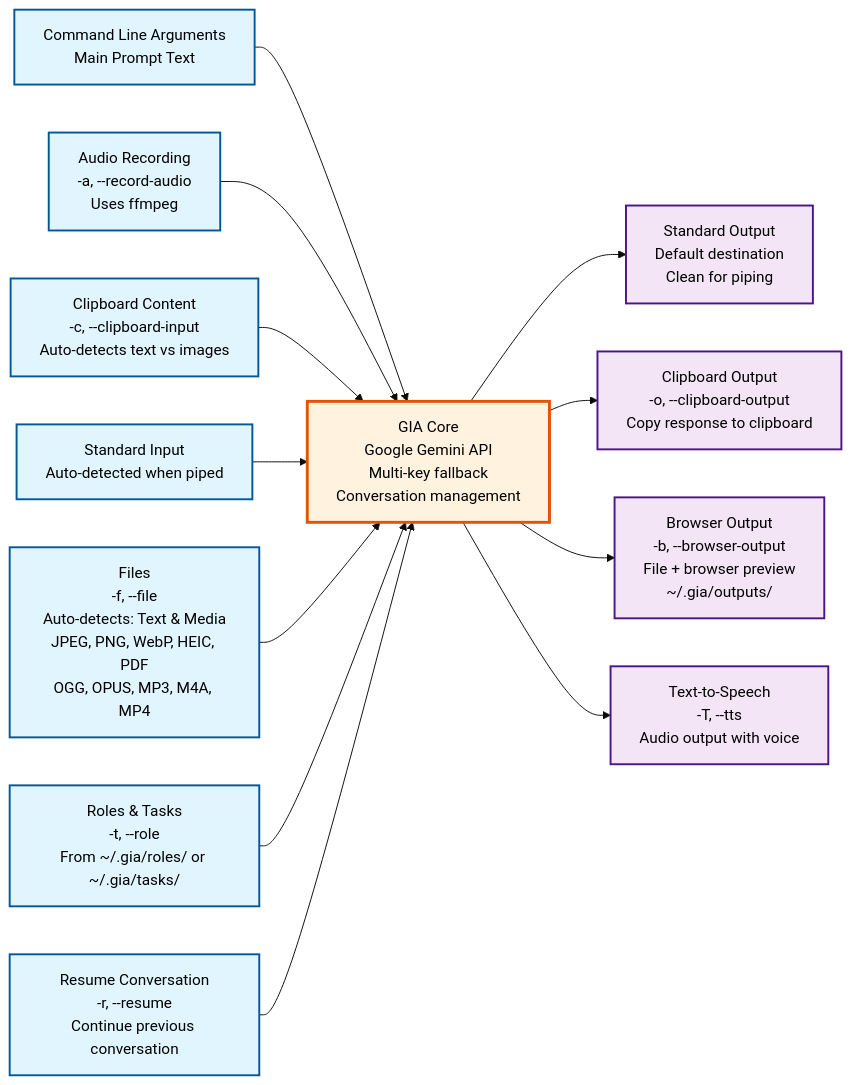
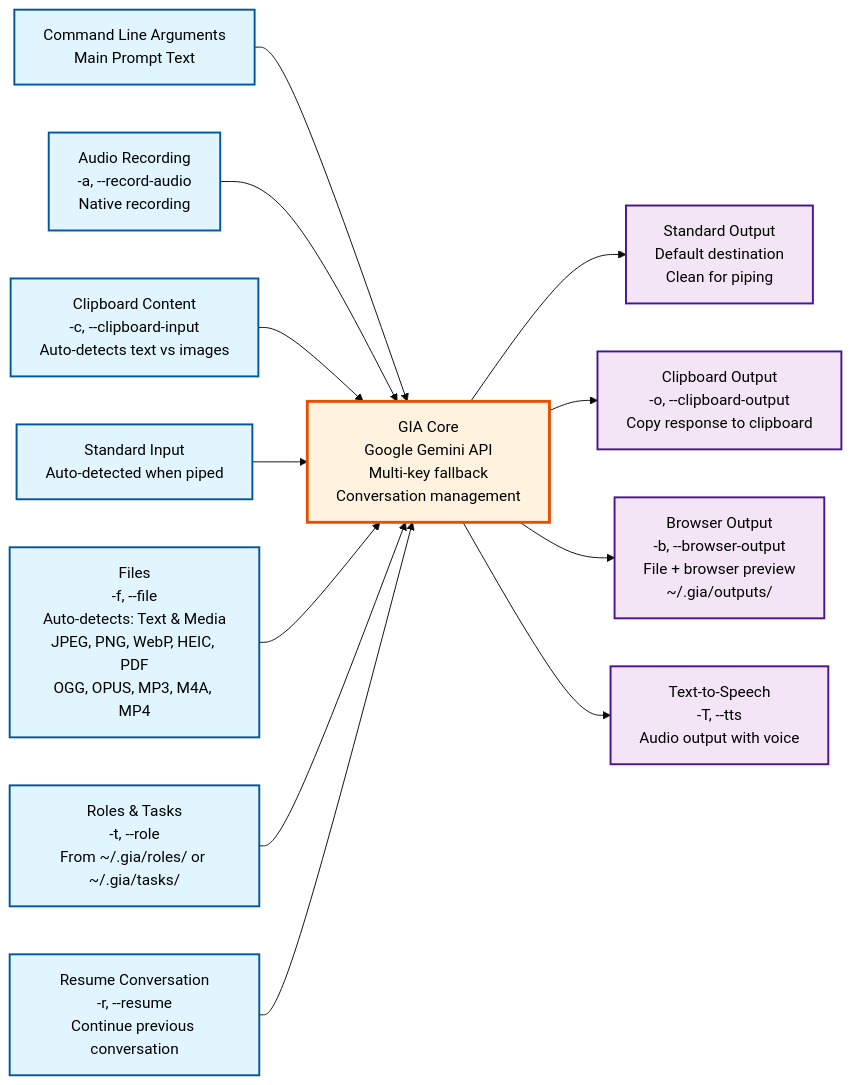
One commit to panjamo/gia changed the diagram in gia-flow-diagram.md. Above: the diagram before and after it, drawn with Mermaid (base theme). The commit also changed other lines of this file and 6 other files, not shown here.

First line of the commit message:
✨ feat: Replace FFmpeg with native Rust audio recording (cpal + ogg-opus) (#15)

````diff
--- a/gia-flow-diagram.md
+++ b/gia-flow-diagram.md
@@ -5,45 +5,45 @@
 ```mermaid
 flowchart LR
     %% Input Sources (Left Side)
     CMD[Command Line Arguments<br/>Main Prompt Text]
-    AUDIO[Audio Recording<br/>-a, --record-audio<br/>Uses ffmpeg]
+    AUDIO[Audio Recording<br/>-a, --record-audio<br/>Native recording]
     CLIPBOARD[Clipboard Content<br/>-c, --clipboard-input<br/>Auto-detects text vs images]
     STDIN[Standard Input<br/>Auto-detected when piped]
     FILES[Files<br/>-f, --file<br/>Auto-detects: Text & Media<br/>JPEG, PNG, WebP, HEIC, PDF<br/>OGG, OPUS, MP3, M4A, MP4]
     ROLES[Roles & Tasks<br/>-t, --role<br/>From ~/.gia/roles/ or ~/.gia/tasks/]
     RESUME[Resume Conversation<br/>-r, --resume<br/>Continue previous conversation]
 
     %% Processing Core (Center)
     GIA[GIA Core<br/>Google Gemini API<br/>Multi-key fallback<br/>Conversation management]
 
     %% Output Destinations (Right Side)
     STDOUT[Standard Output<br/>Default destination<br/>Clean for piping]
     CLIPOUT[Clipboard Output<br/>-o, --clipboard-output<br/>Copy response to clipboard]
     BROWSER[Browser Output<br/>-b, --browser-output<br/>File + browser preview<br/>~/.gia/outputs/]
     TTS[Text-to-Speech<br/>-T, --tts<br/>Audio output with voice]
 
     %% Input Flow (Left to Center)
     CMD --> GIA
     AUDIO --> GIA
     CLIPBOARD --> GIA
     STDIN --> GIA
     FILES --> GIA
     ROLES --> GIA
     RESUME --> GIA
 
     %% Output Flow (Center to Right)
     GIA --> STDOUT
     GIA --> CLIPOUT
     GIA --> BROWSER
     GIA --> TTS
 
     %% Styling
     classDef inputSource fill:#e1f5fe,stroke:#01579b,stroke-width:2px,color:#000000
     classDef outputDest fill:#f3e5f5,stroke:#4a148c,stroke-width:2px,color:#000000
     classDef core fill:#fff3e0,stroke:#e65100,stroke-width:3px,color:#000000
     classDef storage fill:#e8f5e8,stroke:#1b5e20,stroke-width:2px,color:#000000
 
     class CMD,AUDIO,CLIPBOARD,STDIN,FILES,ROLES,RESUME inputSource
     class STDOUT,CLIPOUT,BROWSER,TTS outputDest
     class GIA core
 ```
````
